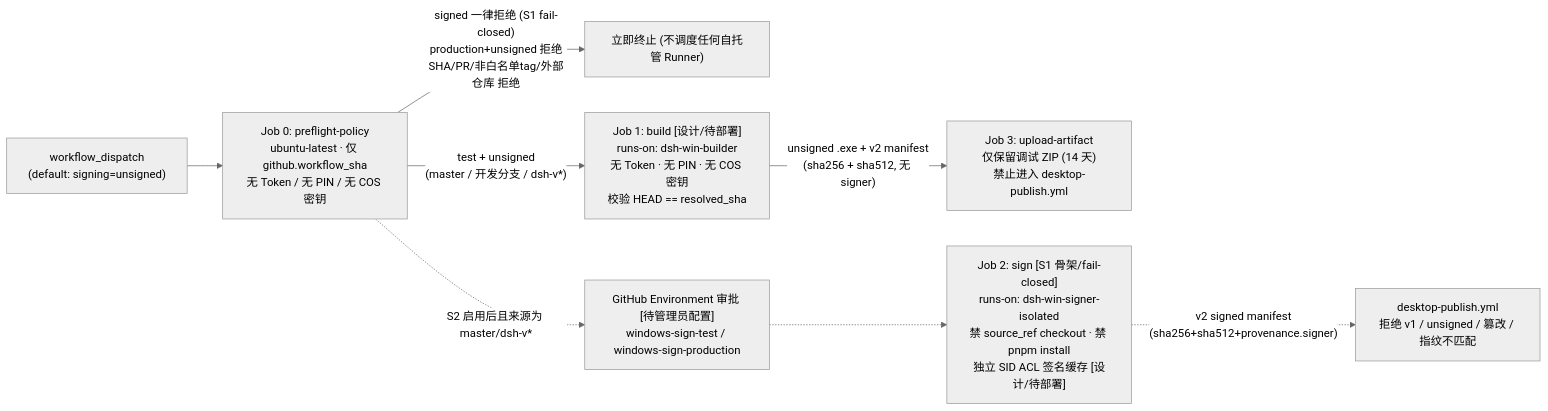
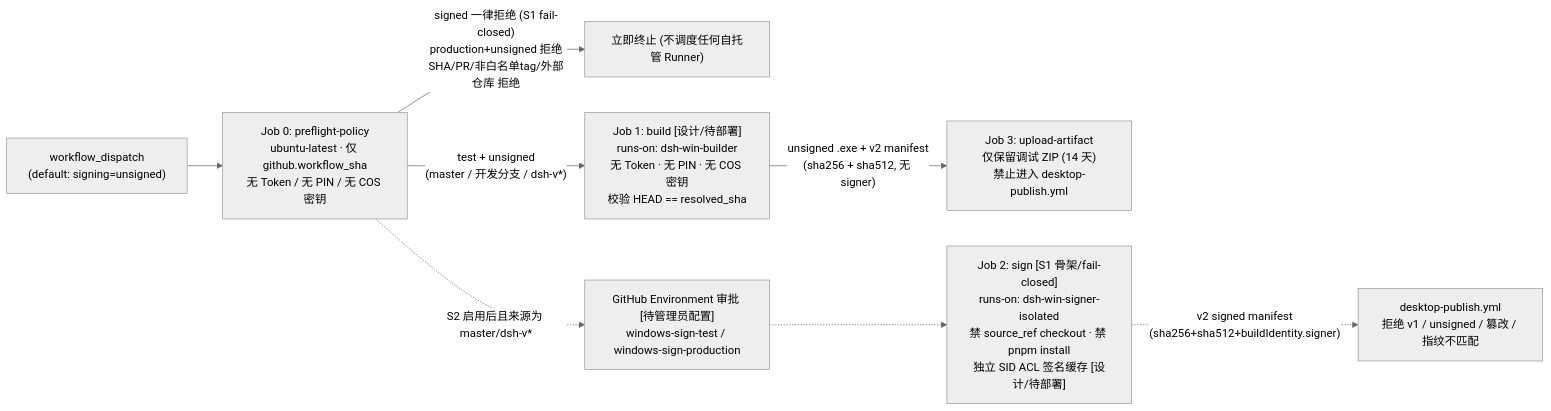
One commit to Yeecean/DSH-workbench changed the diagram in workbench-reports/2026-11-14-p8-s1-signing-isolation/WORK_REPORT.md. Above: the diagram before and after it, drawn with Mermaid (neutral theme). The commit also changed other lines of this file and 57 other files, not shown here.

````diff
--- a/workbench-reports/2026-11-14-p8-s1-signing-isolation/WORK_REPORT.md
+++ b/workbench-reports/2026-11-14-p8-s1-signing-isolation/WORK_REPORT.md
@@ -45,10 +46,10 @@
 ```mermaid
 flowchart LR
     Dispatch["workflow_dispatch\n(default: signing=unsigned)"] --> Preflight["Job 0: preflight-policy\nubuntu-latest · 仅 github.workflow_sha\n无 Token / 无 PIN / 无 COS 密钥"]
     Preflight -->|"signed 一律拒绝 (S1 fail-closed)\nproduction+unsigned 拒绝\nSHA/PR/非白名单tag/外部仓库 拒绝"| Deny["立即终止 (不调度任何自托管 Runner)"]
     Preflight -->|"test + unsigned\n(master / 开发分支 / dsh-v*)"| Builder["Job 1: build [设计/待部署]\nruns-on: dsh-win-builder\n无 Token · 无 PIN · 无 COS 密钥\n校验 HEAD == resolved_sha"]
     Builder -->|"unsigned .exe + v2 manifest\n(sha256 + sha512, 无 signer)"| Archive["Job 3: upload-artifact\n仅保留调试 ZIP (14 天)\n禁止进入 desktop-publish.yml"]
     Preflight -.->|"S2 启用后且来源为 master/dsh-v*"| EnvGate["GitHub Environment 审批 [待管理员配置]\nwindows-sign-test / windows-sign-production"]
     EnvGate -.-> Signer["Job 2: sign [S1 骨架/fail-closed]\nruns-on: dsh-win-signer-isolated\n禁 source_ref checkout · 禁 pnpm install\n独立 SID ACL 签名缓存 [设计/待部署]"]
-    Signer -.->|"v2 signed manifest\n(sha256+sha512+provenance.signer)"| Publish["desktop-publish.yml\n拒绝 v1 / unsigned / 篡改 / 指纹不匹配"]
+    Signer -.->|"v2 signed manifest\n(sha256+sha512+buildIdentity.signer)"| Publish["desktop-publish.yml\n拒绝 v1 / unsigned / 篡改 / 指纹不匹配"]
 ```
````
